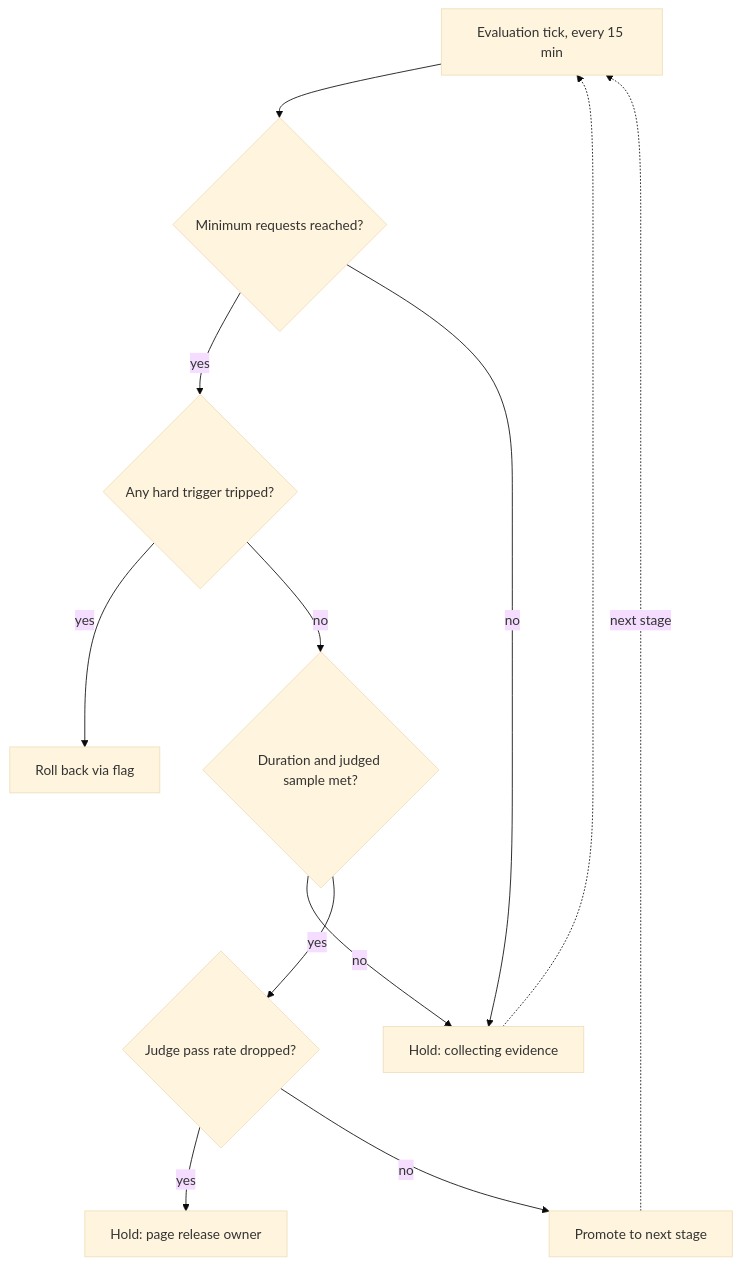
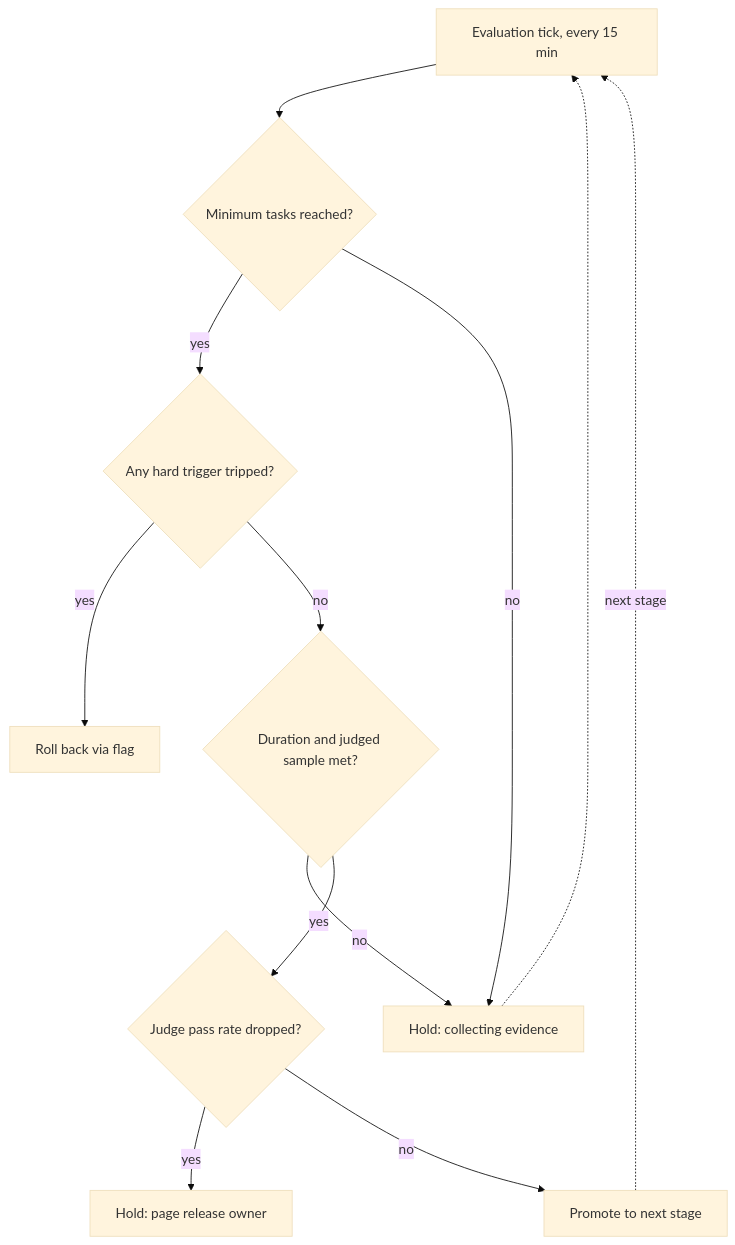
One commit to lovishmahajan97/agentic-learning changed the diagram in content/deployment/rollout-criteria-and-rollback-triggers.md. Above: the diagram before and after it, drawn with Mermaid (base theme). The commit also changed other lines of this file and 454 other files, not shown here.

````diff
--- a/content/deployment/rollout-criteria-and-rollback-triggers.md
+++ b/content/deployment/rollout-criteria-and-rollback-triggers.md
@@ -111,14 +130,14 @@
 ```mermaid
 flowchart TD
-    T["Evaluation tick, every 15 min"] --> S{"Minimum requests reached?"}
+    T["Evaluation tick, every 15 min"] --> S{"Minimum tasks reached?"}
     S -->|"yes"| H{"Any hard trigger tripped?"}
     H -->|"yes"| RB["Roll back via flag"]
     H -->|"no"| E{"Duration and judged sample met?"}
     S -->|"no"| HO["Hold: collecting evidence"]
     E -->|"no"| HO
     E -->|"yes"| Q{"Judge pass rate dropped?"}
     Q -->|"yes"| HP["Hold: page release owner"]
     Q -->|"no"| P["Promote to next stage"]
     HO -.-> T
     P -.->|"next stage"| T
 ```
````
